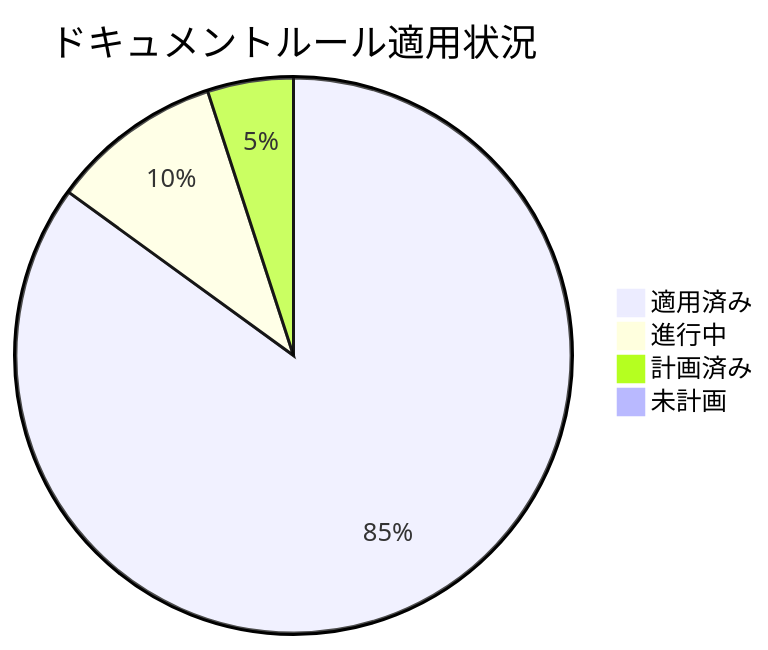
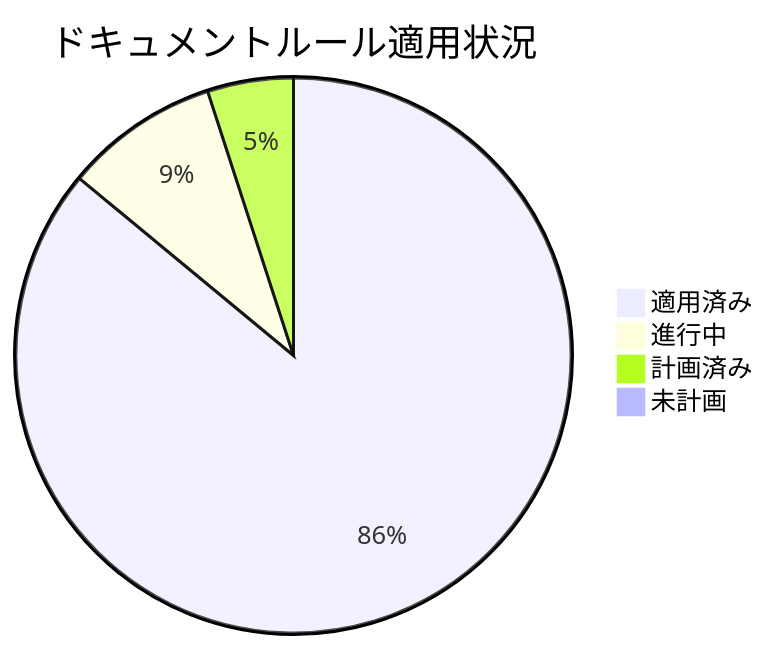
One commit to ToyB0x/git-resume changed the first of 2 diagrams in docs/PLAN_AND_PROGRESS.md. Above: the diagram before and after it, drawn with Mermaid. The commit also changed other lines of this file, not shown here.

````diff
--- a/docs/PLAN_AND_PROGRESS.md
+++ b/docs/PLAN_AND_PROGRESS.md
@@ -109,7 +109,7 @@
 ```mermaid
 pie title ドキュメントルール適用状況
-    "適用済み" : 85
-    "進行中" : 10
+    "適用済み" : 86
+    "進行中" : 9
     "計画済み" : 5
     "未計画" : 0
 ```
````
